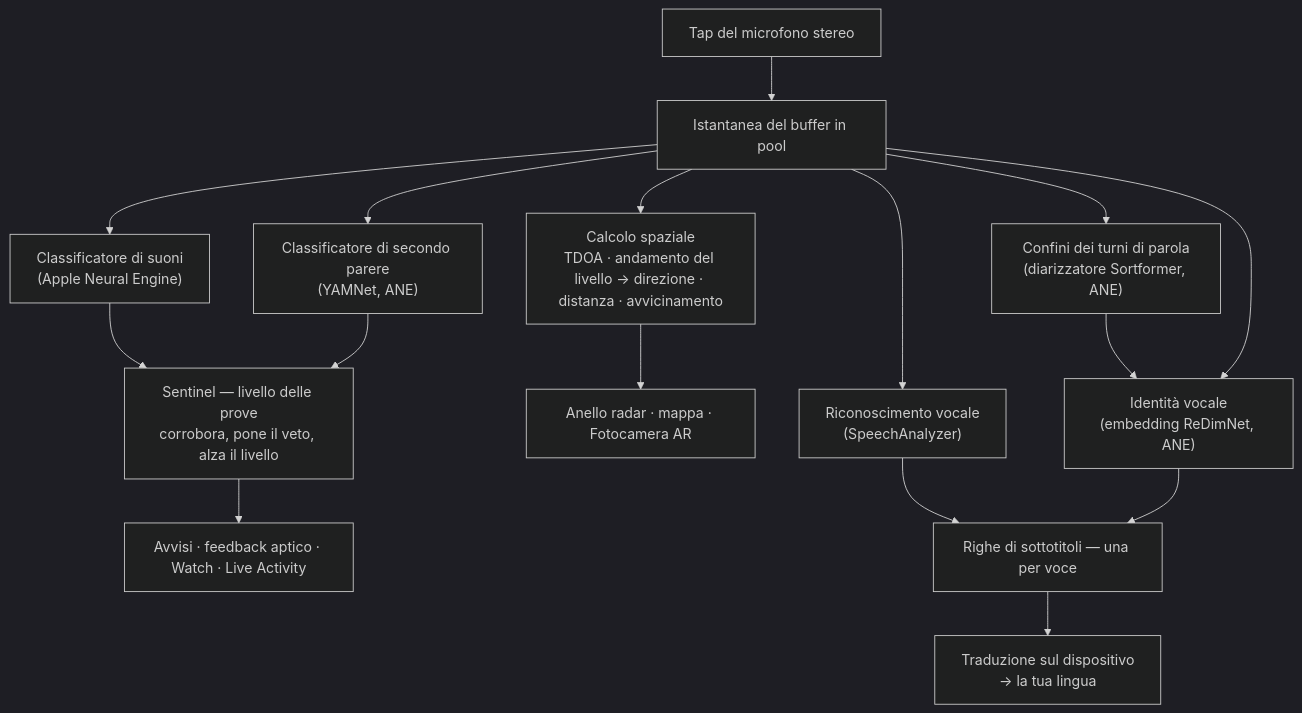
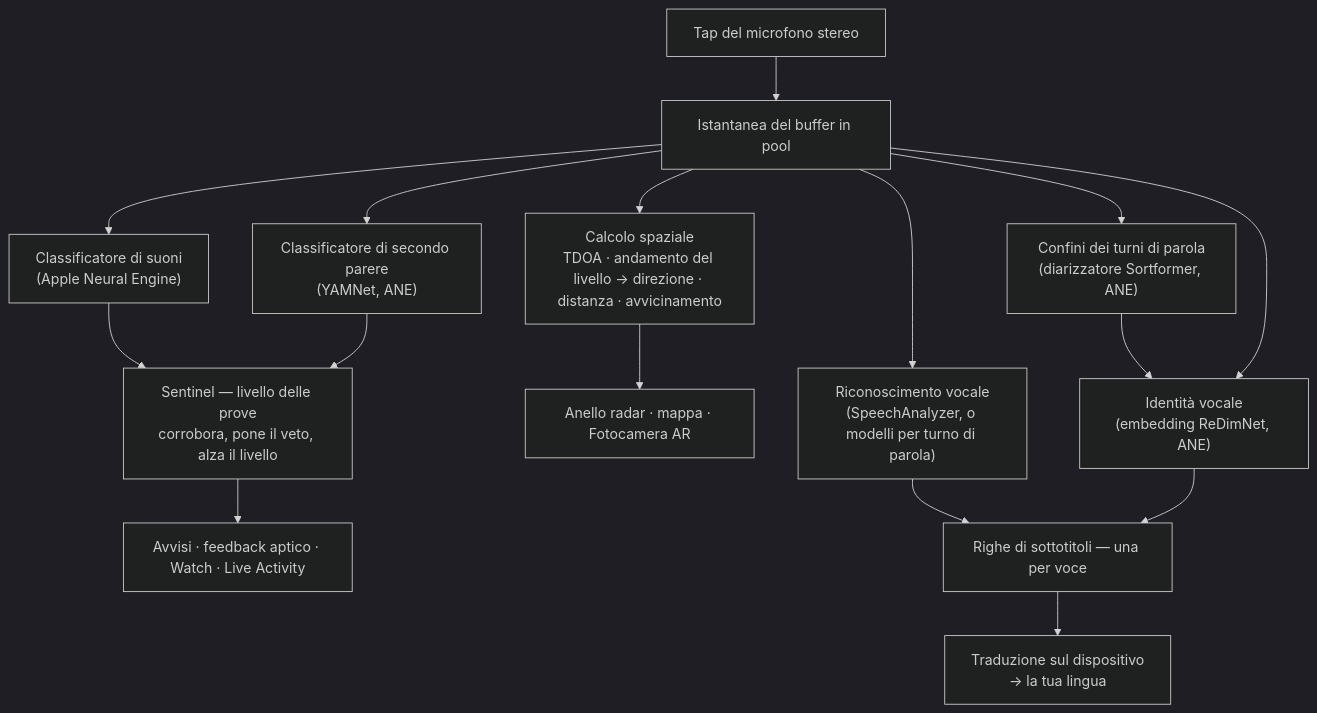
The second of 4 diagrams in README_it.md (rpalm01-star/VigilantEarLegal), drawn with Mermaid (dark theme) before and after one commit. The commit also changed other lines of this file and 14 other files, not shown here.

````diff
--- a/README_it.md
+++ b/README_it.md
@@ -134,18 +145,18 @@
 ```mermaid
 graph TD
     A["Tap del microfono stereo"] --> B["Istantanea del buffer in pool"]
     B --> C["Classificatore di suoni<br/>(Apple Neural Engine)"]
     B --> Y["Classificatore di secondo parere<br/>(YAMNet, ANE)"]
     C --> S["Sentinel — livello delle prove<br/>corrobora, pone il veto, alza il livello"]
     Y --> S
     S --> H["Avvisi · feedback aptico · Watch · Live Activity"]
     B --> D["Calcolo spaziale<br/>TDOA · andamento del livello → direzione · distanza · avvicinamento"]
     D --> R["Anello radar · mappa · Fotocamera AR"]
-    B --> F["Riconoscimento vocale<br/>(SpeechAnalyzer)"]
+    B --> F["Riconoscimento vocale<br/>(SpeechAnalyzer, o modelli per turno di parola)"]
     B --> N["Confini dei turni di parola<br/>(diarizzatore Sortformer, ANE)"]
     N --> E["Identità vocale<br/>(embedding ReDimNet, ANE)"]
     B --> E
     F --> G["Righe di sottotitoli — una per voce"]
     E --> G
     G --> T["Traduzione sul dispositivo<br/>→ la tua lingua"]
 ```
````
